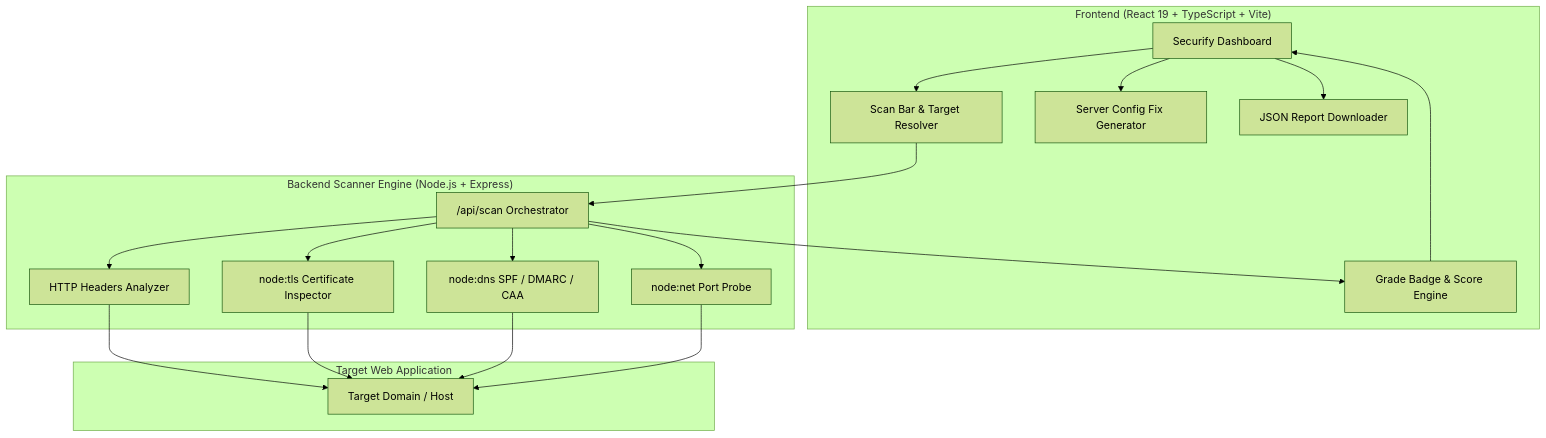
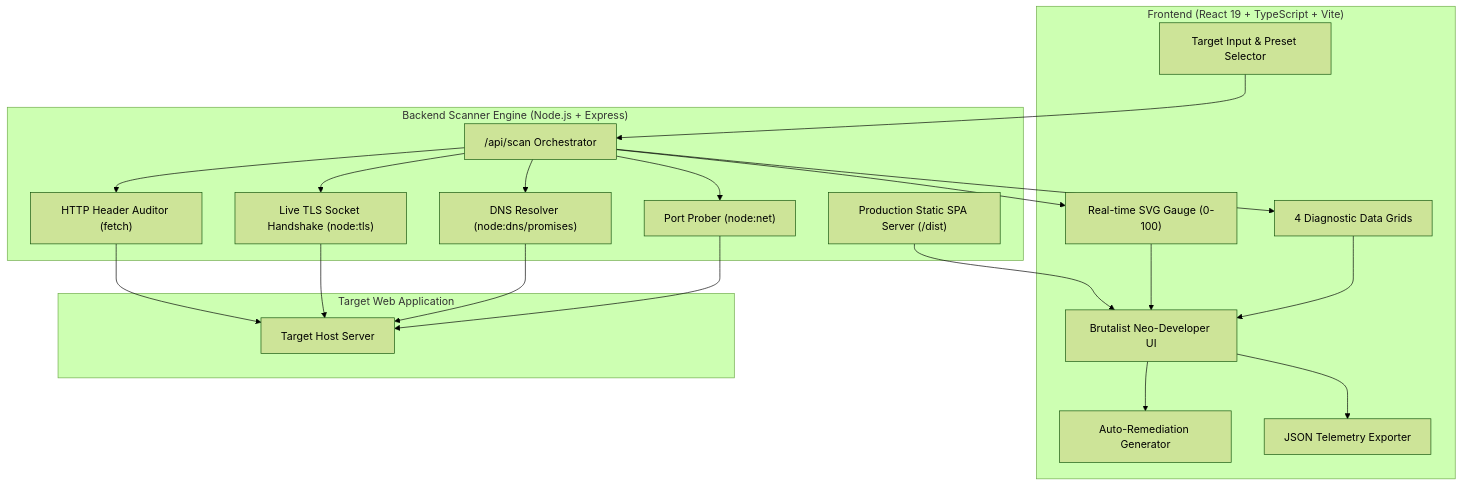
The diagram in README.md (Hamidooh/securify), drawn with Mermaid (forest theme) before and after one commit. The commit also changed other lines of this file, not shown here.

Commit message:
docs: overhaul README with professional badges, architecture, terminal preview, and REST API specs

````diff
--- a/README.md
+++ b/README.md
@@ -44,32 +96,35 @@
 ```mermaid
 flowchart TD
     subgraph Client ["Frontend (React 19 + TypeScript + Vite)"]
-        UI["Securify Dashboard"]
-        ScannerInput["Scan Bar & Target Resolver"]
-        GradeOverview["Grade Badge & Score Engine"]
-        RemediationGen["Server Config Fix Generator"]
-        ReportExport["JSON Report Downloader"]
+        UI["Brutalist Neo-Developer UI"]
+        ScanInput["Target Input & Preset Selector"]
+        ScoreArc["Real-time SVG Gauge (0-100)"]
+        DiagnosticGrids["4 Diagnostic Data Grids"]
+        ConfigGen["Auto-Remediation Generator"]
+        ReportDownloader["JSON Telemetry Exporter"]
     end
 
-    subgraph Engine ["Backend Scanner Engine (Node.js + Express)"]
-        ScannerAPI["/api/scan Orchestrator"]
-        HeadersAuditor["HTTP Headers Analyzer"]
-        TlsHandshake["node:tls Certificate Inspector"]
-        DnsResolver["node:dns SPF / DMARC / CAA"]
-        PortProber["node:net Port Probe"]
+    subgraph Server ["Backend Scanner Engine (Node.js + Express)"]
+        ScanAPI["/api/scan Orchestrator"]
+        HeadersEngine["HTTP Header Auditor (fetch)"]
+        TlsEngine["Live TLS Socket Handshake (node:tls)"]
+        DnsEngine["DNS Resolver (node:dns/promises)"]
+        PortEngine["Port Prober (node:net)"]
+        StaticServer["Production Static SPA Server (/dist)"]
     end
 
     subgraph Target ["Target Web Application"]
-        ServerEndpoint["Target Domain / Host"]
+        HostServer["Target Host Server"]
     end
 
-    UI --> ScannerInput
-    ScannerInput --> ScannerAPI
-    ScannerAPI --> HeadersAuditor --> ServerEndpoint
-    ScannerAPI --> TlsHandshake --> ServerEndpoint
-    ScannerAPI --> DnsResolver --> ServerEndpoint
-    ScannerAPI --> PortProber --> ServerEndpoint
-    ScannerAPI --> GradeOverview --> UI
-    UI --> RemediationGen
-    UI --> ReportExport
+    ScanInput --> ScanAPI
+    ScanAPI --> HeadersEngine --> HostServer
+    ScanAPI --> TlsEngine --> HostServer
+    ScanAPI --> DnsEngine --> HostServer
+    ScanAPI --> PortEngine --> HostServer
+    ScanAPI --> ScoreArc --> UI
+    ScanAPI --> DiagnosticGrids --> UI
+    UI --> ConfigGen
+    UI --> ReportDownloader
+    StaticServer --> UI
 ```
````
